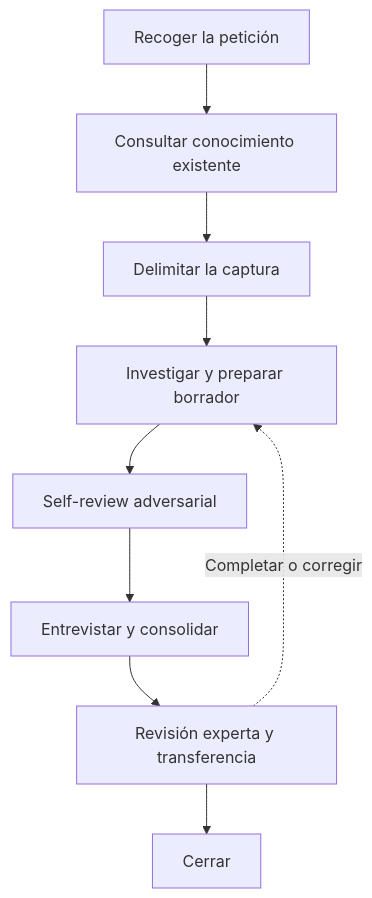
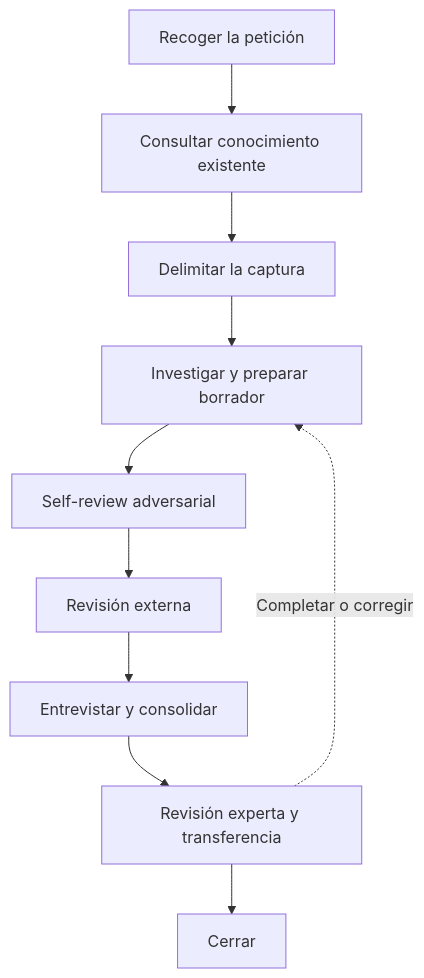
One commit to davidbalivo/skills changed the diagram in skills/engineering/dna-harvest/SKILL.md. Above: the diagram before and after it, drawn with Mermaid. The commit also changed other lines of this file, not shown here.

````diff
--- a/skills/engineering/dna-harvest/SKILL.md
+++ b/skills/engineering/dna-harvest/SKILL.md
@@ -165,11 +165,12 @@
 ```mermaid
 flowchart TD
     P[Recoger la petición] --> K[Consultar conocimiento existente]
     K --> A[Delimitar la captura]
     A --> B[Investigar y preparar borrador]
     B --> S[Self-review adversarial]
-    S --> C[Entrevistar y consolidar]
+    S --> R[Revisión externa]
+    R --> C[Entrevistar y consolidar]
     C --> D[Revisión experta y transferencia]
     D --> E[Cerrar]
     D -.->|Completar o corregir| B
 ```
````
